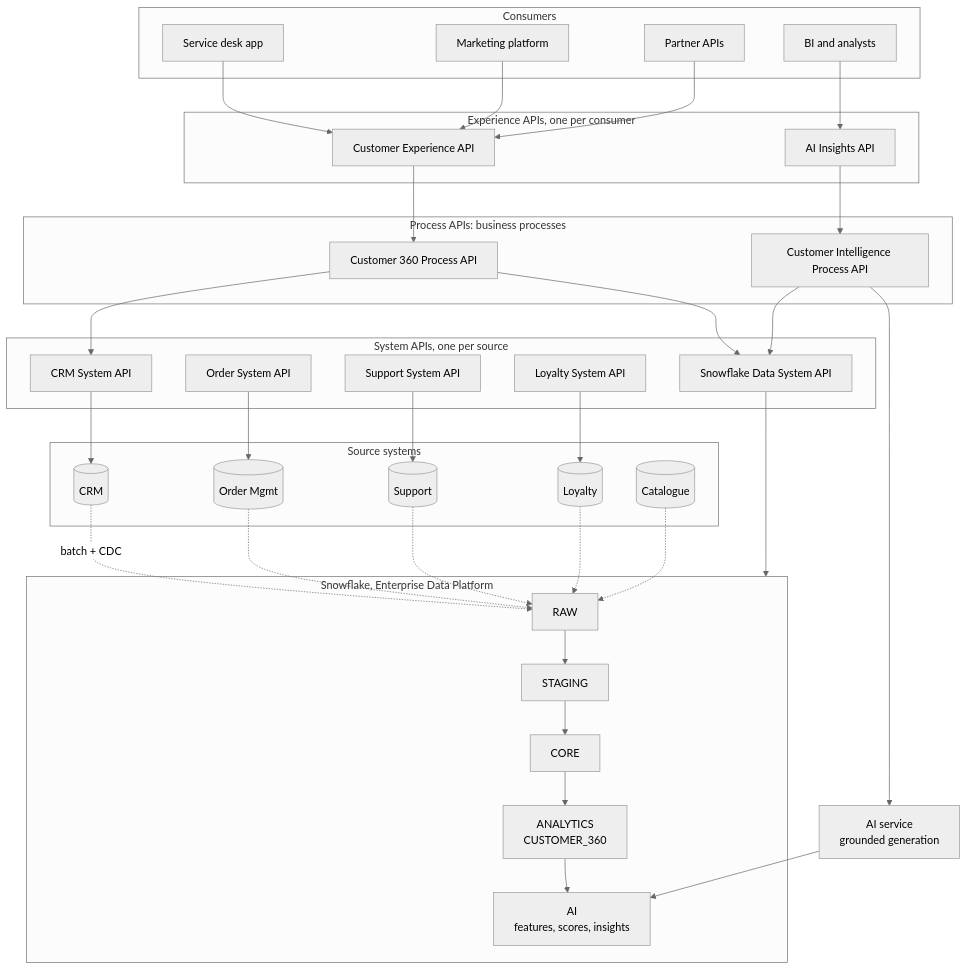
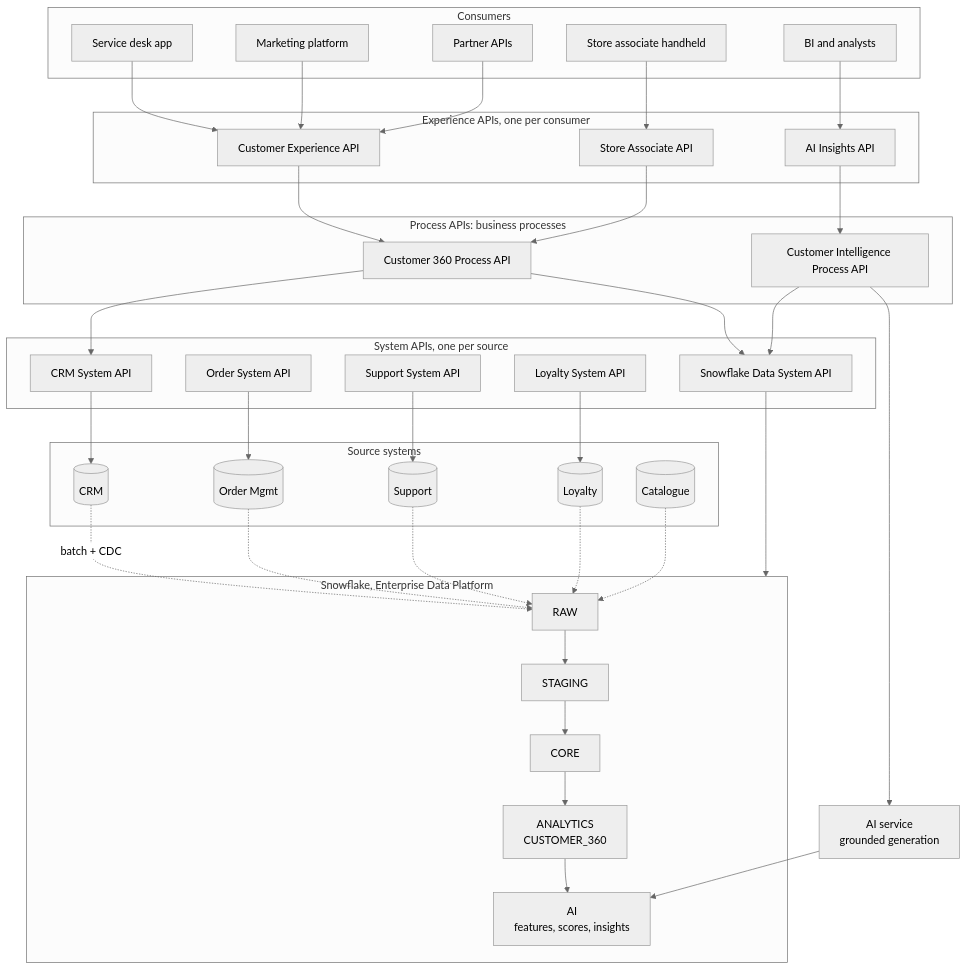
Before and after one commit to raghubavaraju/enterprise-data-ai-integration-platform: the first of 2 diagrams in docs/architecture.md, drawn with Mermaid (neutral theme). The commit also changed other lines of this file and 27 other files, not shown here.

````diff
--- a/docs/architecture.md
+++ b/docs/architecture.md
@@ -41,64 +41,68 @@
 ```mermaid
 flowchart TB
     subgraph Consumers
         SD[Service desk app]
         MK[Marketing platform]
         BI[BI and analysts]
         PT[Partner APIs]
+        SA[Store associate handheld]
     end
 
     subgraph Experience["Experience APIs, one per consumer"]
         CXA[Customer Experience API]
         AIA[AI Insights API]
+        SAA[Store Associate API]
     end
 
     subgraph Process["Process APIs: business processes"]
         C360[Customer 360 Process API]
         CIP[Customer Intelligence Process API]
     end
 
     subgraph System["System APIs, one per source"]
         SFA[Snowflake Data System API]
         CRMA[CRM System API]
         OMSA[Order System API]
         SUPA[Support System API]
         LOYA[Loyalty System API]
     end
 
     subgraph Sources["Source systems"]
         CRM[(CRM)]
         OMS[(Order Mgmt)]
         SUP[(Support)]
         LOY[(Loyalty)]
         PIM[(Catalogue)]
     end
 
     subgraph Data["Snowflake, Enterprise Data Platform"]
         RAW[RAW] --> STG[STAGING] --> CORE[CORE] --> AN[ANALYTICS<br/>CUSTOMER_360]
         AN --> AIS[AI<br/>features, scores, insights]
     end
 
     AISVC[AI service<br/>grounded generation]
 
     SD --> CXA
     MK --> CXA
     BI --> AIA
     PT --> CXA
+    SA --> SAA
     CXA --> C360
+    SAA --> C360
     AIA --> CIP
     C360 --> SFA
     C360 --> CRMA
     CIP --> SFA
     CIP --> AISVC
     SFA --> Data
     CRMA --> CRM
     OMSA --> OMS
     SUPA --> SUP
     LOYA --> LOY
     AISVC --> AIS
     CRM -.batch + CDC.-> RAW
     OMS -.-> RAW
     SUP -.-> RAW
     LOY -.-> RAW
     PIM -.-> RAW
 ```
````
